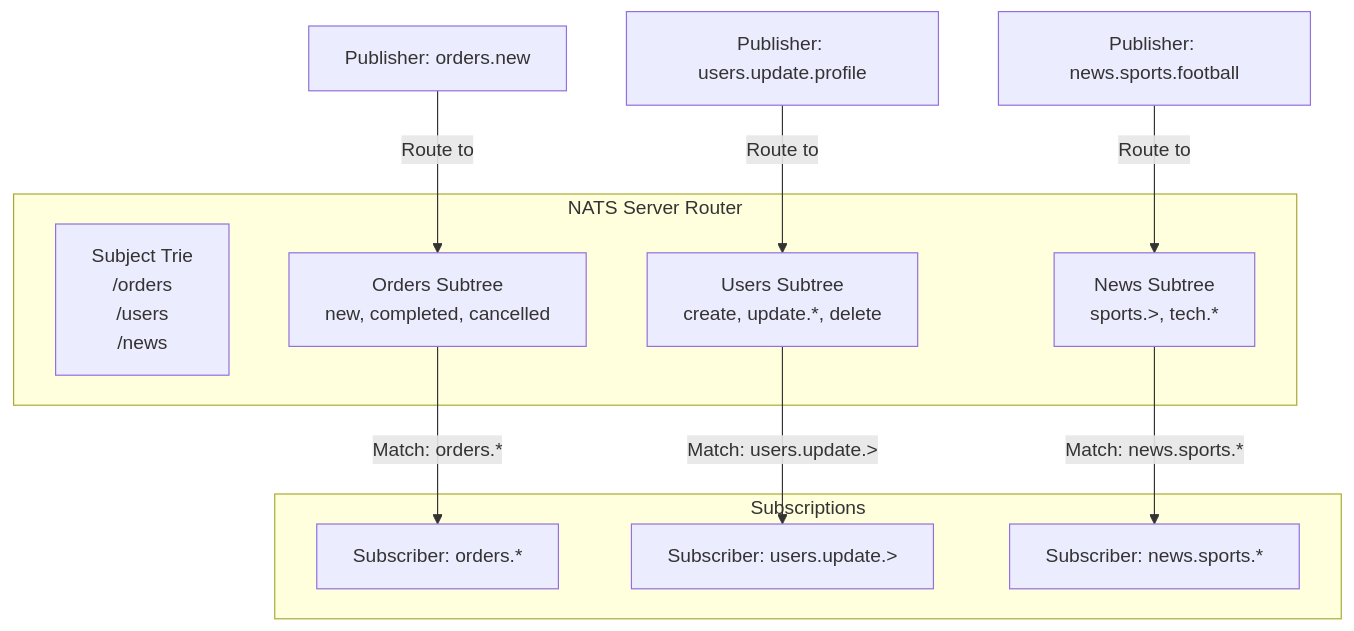
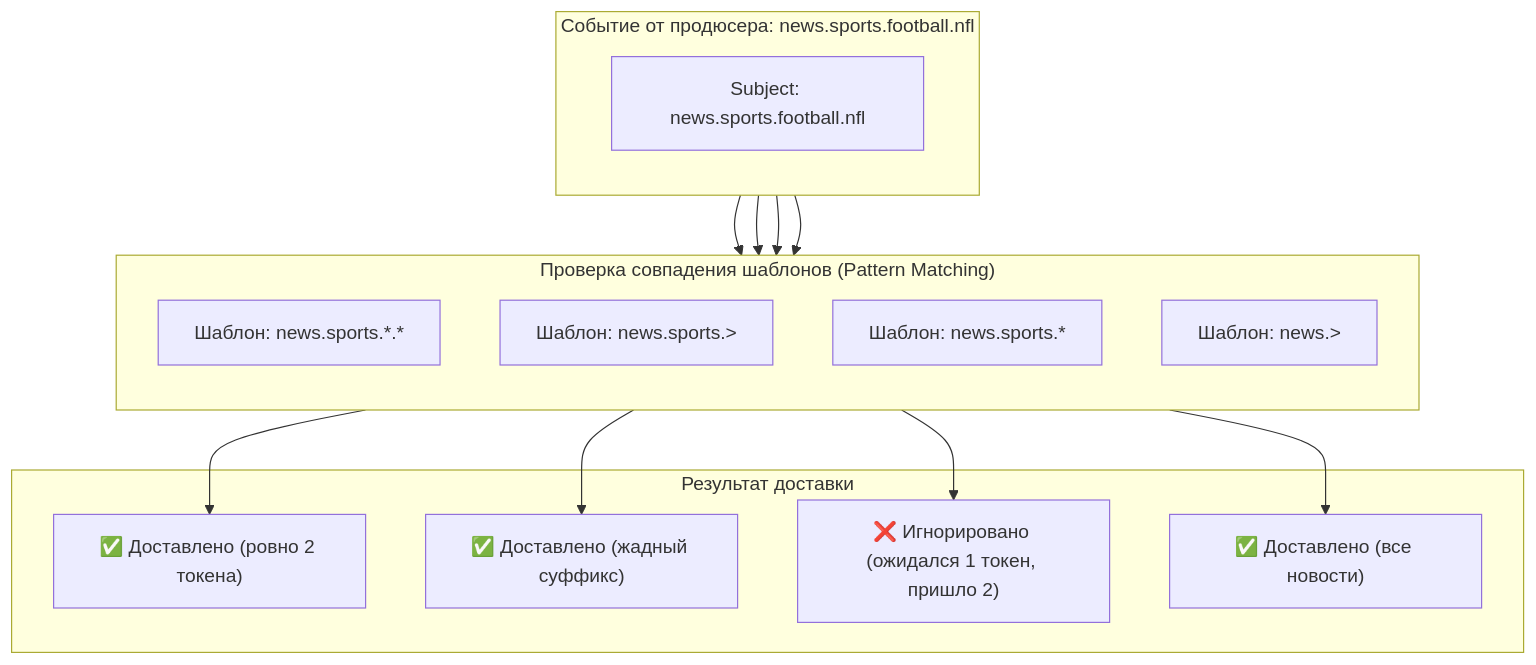
The first of 3 diagrams in sources/13. Очереди, брокеры сообщений и оркестраторы/04. NATS/3. Subject based routing.md (UnrealTemplier/go-textbook), drawn with Mermaid before and after one commit. The commit also changed other lines of this file, not shown here.

Commit message:
feat(module-13): editorial rewrite of lecture 3 (Subject based routing) in Subsection 4 in Kernighan style

````diff
--- a/sources/13. Очереди, брокеры сообщений и оркестраторы/04. NATS/3. Subject based routing.md
+++ b/sources/13. Очереди, брокеры сообщений и оркестраторы/04. NATS/3. Subject based routing.md
@@ -43,23 +57,27 @@
 ```mermaid
-graph TD
-    subgraph "NATS Server Router"
-        T["Subject Trie<br>/orders<br>/users<br>/news"]
-        O["Orders Subtree<br>new, completed, cancelled"]
-        U["Users Subtree<br>create, update.*, delete"]
-        N["News Subtree<br>sports.>, tech.*"]
+flowchart TD
+    subgraph Publisher["Событие от продюсера: news.sports.football.nfl"]
+        direction TB
+        Msg["Subject: news.sports.football.nfl"]
     end
 
-    P1["Publisher: orders.new"] -->|"Route to"| O
-    P2["Publisher: users.update.profile"] -->|"Route to"| U
-    P3["Publisher: news.sports.football"] -->|"Route to"| N
-
-    subgraph "Subscriptions"
-        S1["Subscriber: orders.*"]
-        S2["Subscriber: users.update.>"]
-        S3["Subscriber: news.sports.*"]
+    subgraph MatchCheck["Проверка совпадения шаблонов (Pattern Matching)"]
+        direction TB
+        M1["Шаблон: news.sports.*.*"]
+        M2["Шаблон: news.sports.>"]
+        M3["Шаблон: news.sports.*"]
+        M4["Шаблон: news.>"]
     end
 
-    O -->|"Match: orders.*"| S1
-    U -->|"Match: users.update.>"| S2
-    N -->|"Match: news.sports.*"| S3
+    subgraph Verdicts["Результат доставки"]
+        V1["✅ Доставлено (ровно 2 токена)"]
+        V2["✅ Доставлено (жадный суффикс)"]
+        V3["❌ Игнорировано (ожидался 1 токен, пришло 2)"]
+        V4["✅ Доставлено (все новости)"]
+    end
+
+    Msg --> M1 --> V1
+    Msg --> M2 --> V2
+    Msg --> M3 --> V3
+    Msg --> M4 --> V4
 ```
````
